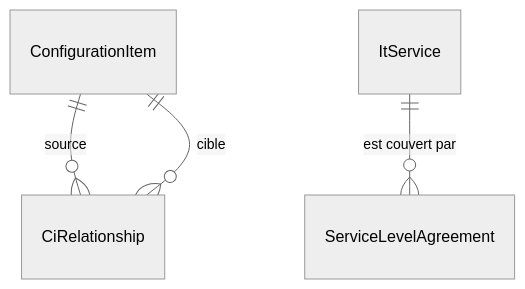
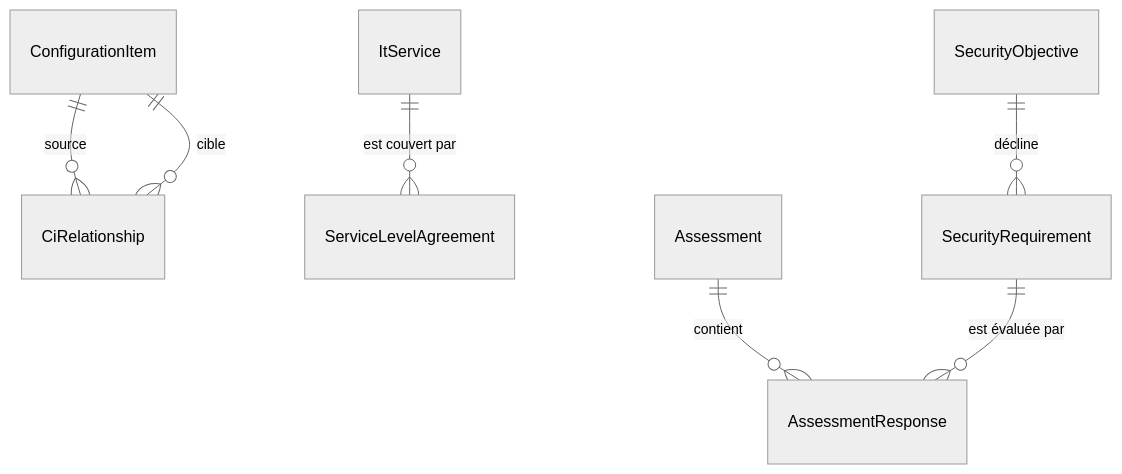
One commit to christian-raj/S-Aloha changed the second of 2 diagrams in docs/reference/base-de-donnees.md. Above: the diagram before and after it, drawn with Mermaid (neutral theme). The commit also changed other lines of this file and 42 other files, not shown here.

````diff
--- a/docs/reference/base-de-donnees.md
+++ b/docs/reference/base-de-donnees.md
@@ -136,6 +137,9 @@
 ```mermaid
 erDiagram
     ConfigurationItem ||--o{ CiRelationship : "source"
     ConfigurationItem ||--o{ CiRelationship : "cible"
     ItService ||--o{ ServiceLevelAgreement : "est couvert par"
+    SecurityObjective ||--o{ SecurityRequirement : "décline"
+    Assessment ||--o{ AssessmentResponse : "contient"
+    SecurityRequirement ||--o{ AssessmentResponse : "est évaluée par"
 ```
````
